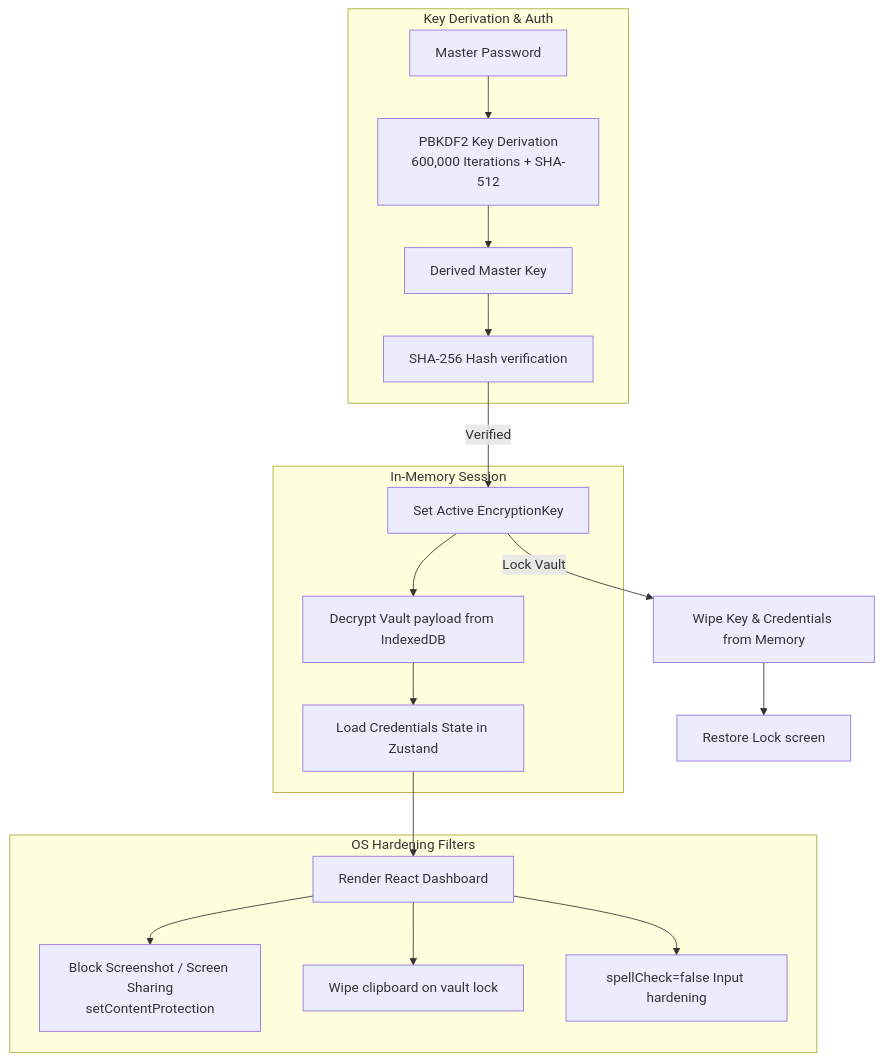
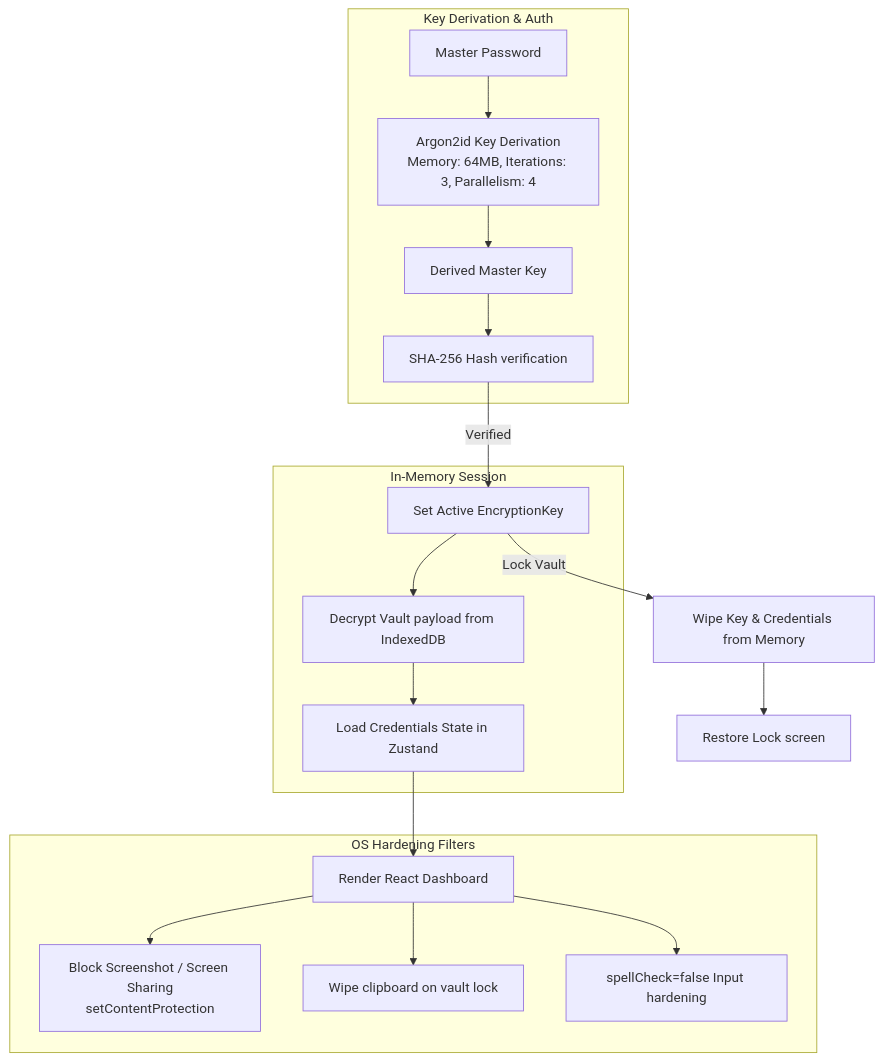
One commit to SudhirDevOps1/SafeVault changed the diagram in docs/features.md. Above: the diagram before and after it, drawn with Mermaid. The commit also changed other lines of this file and 2 other files, not shown here.

````diff
--- a/docs/features.md
+++ b/docs/features.md
@@ -11,24 +11,24 @@
 ```mermaid
 flowchart TD
     subgraph KDF [Key Derivation & Auth]
-        A[Master Password] --> B[PBKDF2 Key Derivation<br/>600,000 Iterations + SHA-512]
+        A[Master Password] --> B[Argon2id Key Derivation<br/>Memory: 64MB, Iterations: 3, Parallelism: 4]
         B --> C[Derived Master Key]
         C --> D[SHA-256 Hash verification]
     end
 
     subgraph Memory [In-Memory Session]
         D -- Verified --> E[Set Active EncryptionKey]
         E --> F[Decrypt Vault payload from IndexedDB]
         F --> G[Load Credentials State in Zustand]
     end
 
     subgraph Security [OS Hardening Filters]
         G --> H[Render React Dashboard]
         H --> I[Block Screenshot / Screen Sharing<br/>setContentProtection]
         H --> J[Wipe clipboard on vault lock]
         H --> K[spellCheck=false Input hardening]
     end
 
     E -- Lock Vault --> L[Wipe Key & Credentials from Memory]
     L --> M[Restore Lock screen]
 ```
````
